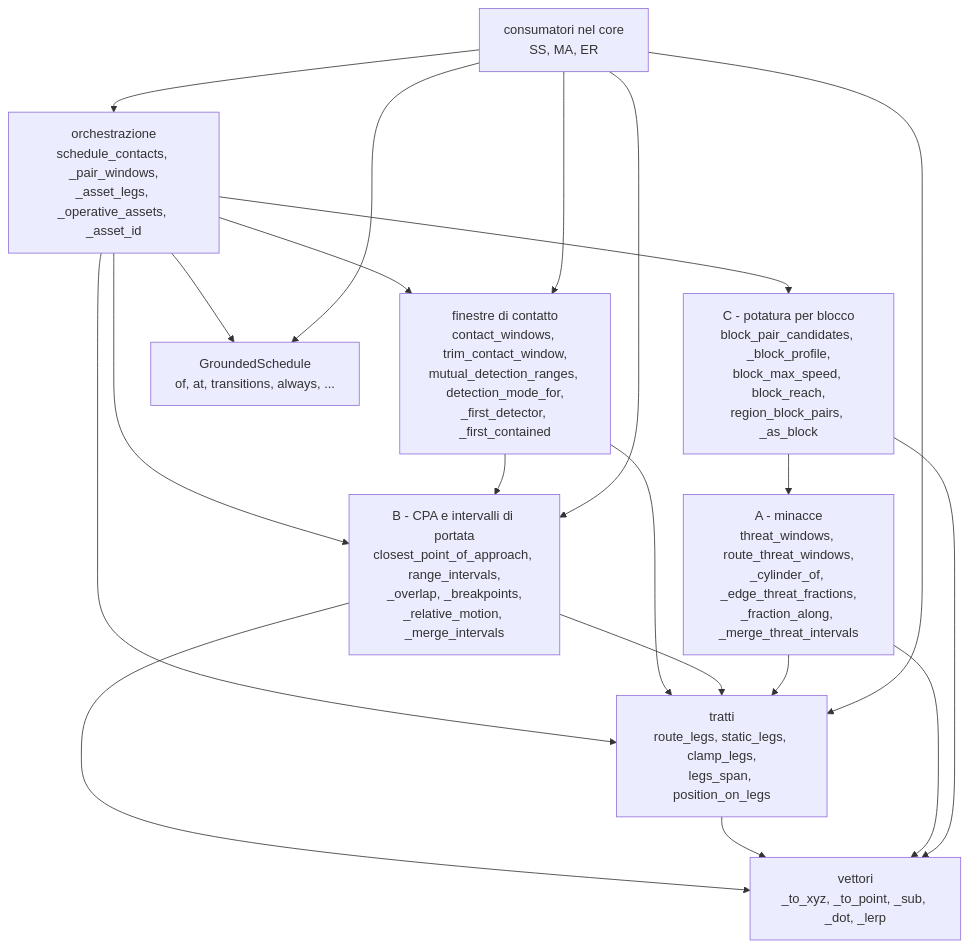
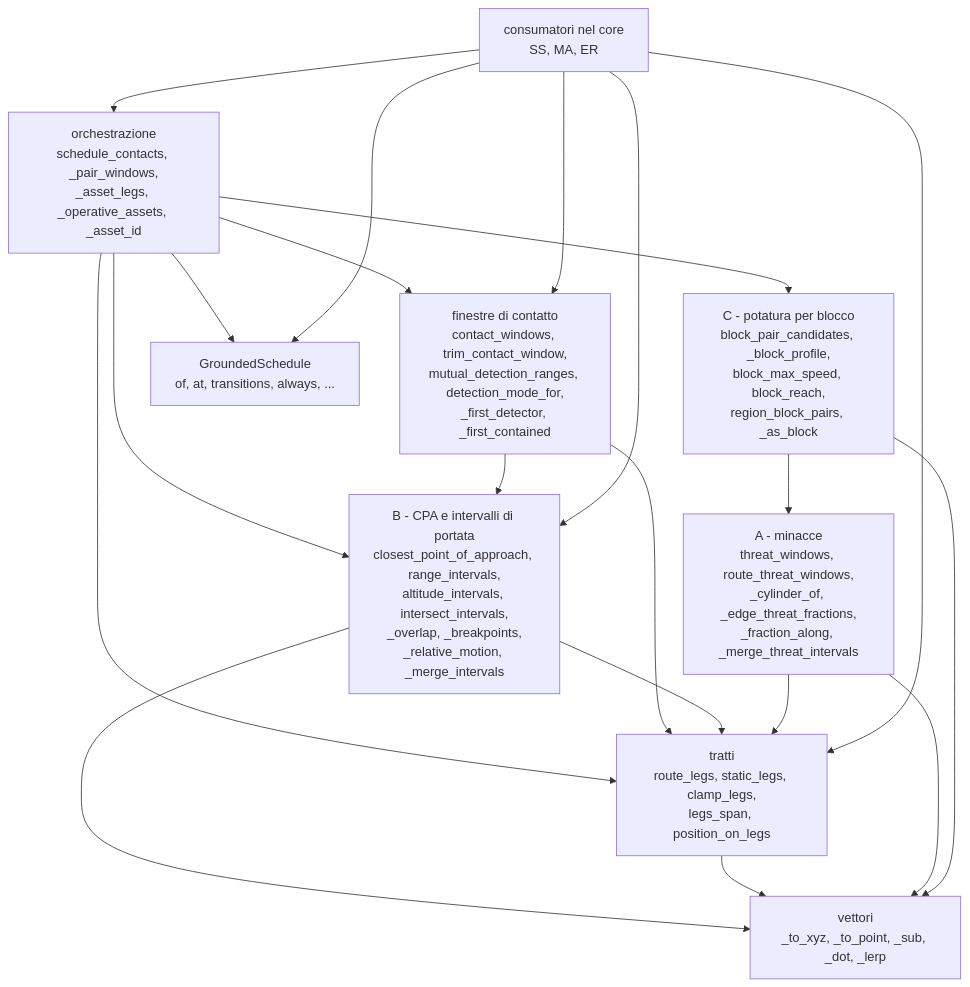
One commit to MakusIV/Warfare-Model changed the second of 22 diagrams in Analysis/Document/Manuale_Motore_DES/11a_Atlante_Risolutore.md. Above: the diagram before and after it, drawn with Mermaid. The commit also changed other lines of this file and 11 other files, not shown here.

````diff
--- a/Analysis/Document/Manuale_Motore_DES/11a_Atlante_Risolutore.md
+++ b/Analysis/Document/Manuale_Motore_DES/11a_Atlante_Risolutore.md
@@ -147,32 +150,32 @@
 ```mermaid
 flowchart TD
     O["orchestrazione<br/>schedule_contacts, _pair_windows,<br/>_asset_legs, _operative_assets, _asset_id"]
     P["C - potatura per blocco<br/>block_pair_candidates, _block_profile,<br/>block_max_speed, block_reach,<br/>region_block_pairs, _as_block"]
     W["finestre di contatto<br/>contact_windows, trim_contact_window,<br/>mutual_detection_ranges, detection_mode_for,<br/>_first_detector, _first_contained"]
-    C["B - CPA e intervalli di portata<br/>closest_point_of_approach, range_intervals,<br/>_overlap, _breakpoints,<br/>_relative_motion, _merge_intervals"]
+    C["B - CPA e intervalli di portata<br/>closest_point_of_approach, range_intervals,<br/>altitude_intervals, intersect_intervals,<br/>_overlap, _breakpoints,<br/>_relative_motion, _merge_intervals"]
     L["tratti<br/>route_legs, static_legs, clamp_legs,<br/>legs_span, position_on_legs"]
     M["A - minacce<br/>threat_windows, route_threat_windows,<br/>_cylinder_of, _edge_threat_fractions,<br/>_fraction_along, _merge_threat_intervals"]
     V["vettori<br/>_to_xyz, _to_point, _sub, _dot, _lerp"]
     G["GroundedSchedule<br/>of, at, transitions, always, ..."]
     EXT["consumatori nel core<br/>SS, MA, ER"]
 
     O --> P
     O --> W
     O --> L
     O --> C
     O --> G
     W --> C
     W --> L
     C --> L
     C --> V
     L --> V
     M --> L
     M --> V
     P --> M
     P --> V
     EXT --> O
     EXT --> W
     EXT --> L
     EXT --> C
     EXT --> G
 ```
````
